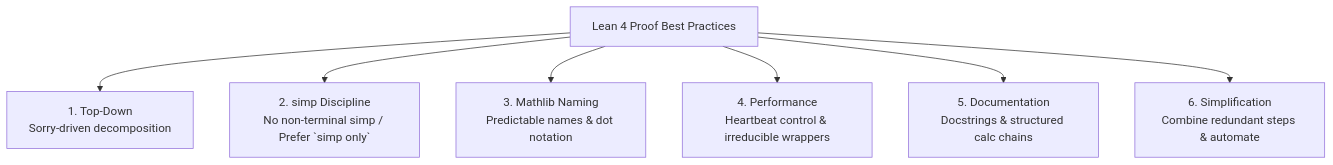
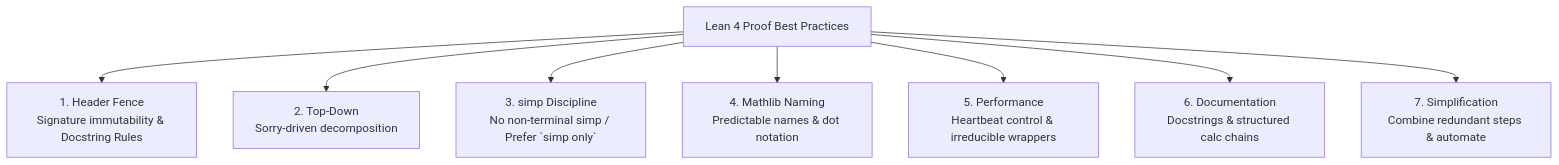
Before and after one commit to MI-1222/lean4-skills: the first of 2 diagrams in skills/lean4-best-practice/SKILL.md, drawn with Mermaid. The commit also changed other lines of this file and 1 other file, not shown here.

````diff
--- a/skills/lean4-best-practice/SKILL.md
+++ b/skills/lean4-best-practice/SKILL.md
@@ -16,10 +16,11 @@
 ```mermaid
 graph TD
     Root["Lean 4 Proof Best Practices"]
-    Root --> P1["1. Top-Down<br/>Sorry-driven decomposition"]
-    Root --> P2["2. simp Discipline<br/>No non-terminal simp / Prefer `simp only`"]
-    Root --> P3["3. Mathlib Naming<br/>Predictable names & dot notation"]
-    Root --> P4["4. Performance<br/>Heartbeat control & irreducible wrappers"]
-    Root --> P5["5. Documentation<br/>Docstrings & structured calc chains"]
-    Root --> P6["6. Simplification<br/>Combine redundant steps & automate"]
+    Root --> P1["1. Header Fence<br/>Signature immutability & Docstring Rules"]
+    Root --> P2["2. Top-Down<br/>Sorry-driven decomposition"]
+    Root --> P3["3. simp Discipline<br/>No non-terminal simp / Prefer `simp only`"]
+    Root --> P4["4. Mathlib Naming<br/>Predictable names & dot notation"]
+    Root --> P5["5. Performance<br/>Heartbeat control & irreducible wrappers"]
+    Root --> P6["6. Documentation<br/>Docstrings & structured calc chains"]
+    Root --> P7["7. Simplification<br/>Combine redundant steps & automate"]
 ```
````
